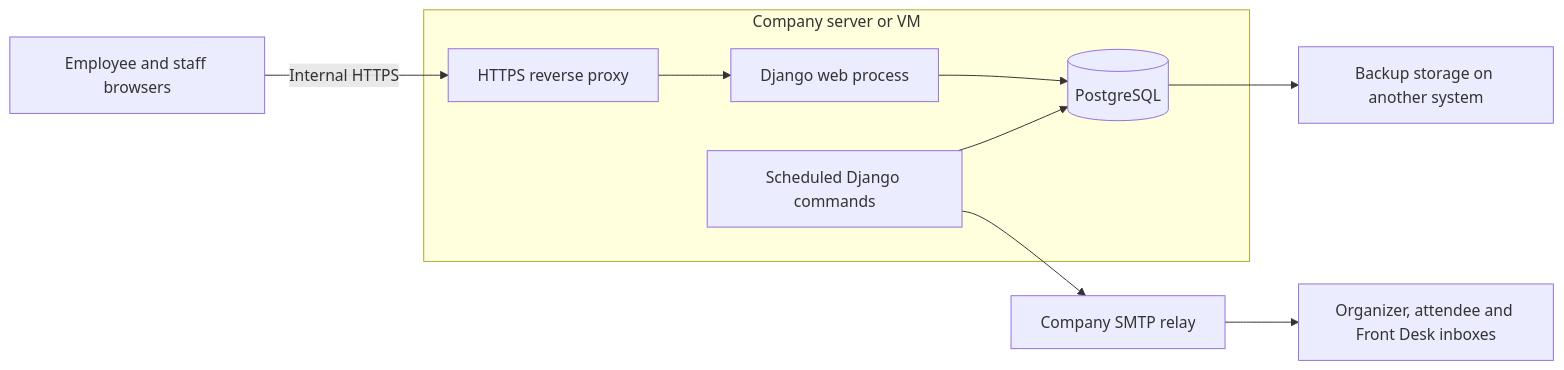
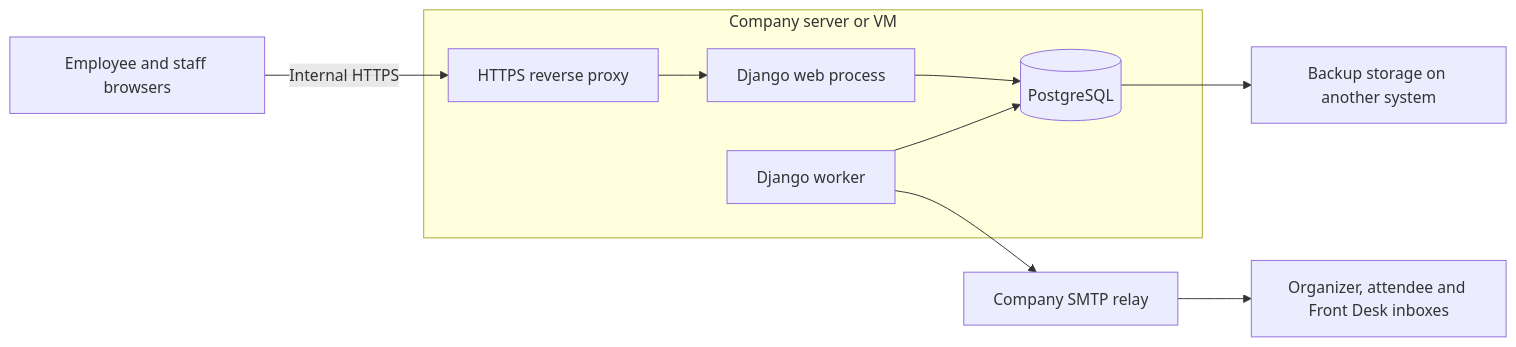
The diagram in docs/architecture.md (BINAYAK016/MeetingRoomSystemWDN), drawn with Mermaid before and after one commit. The commit also changed other lines of this file and 57 other files, not shown here.

````diff
--- a/docs/architecture.md
+++ b/docs/architecture.md
@@ -15,12 +15,12 @@
 ```mermaid
 flowchart LR
     U[Employee and staff browsers] -->|Internal HTTPS| H
     subgraph V[Company server or VM]
         H[HTTPS reverse proxy] --> A[Django web process]
         A --> P[(PostgreSQL)]
-        J[Scheduled Django commands] --> P
+    J[Django worker] --> P
     end
     J --> M[Company SMTP relay]
     M --> I[Organizer, attendee and Front Desk inboxes]
     P --> B[Backup storage on another system]
 ```
````
